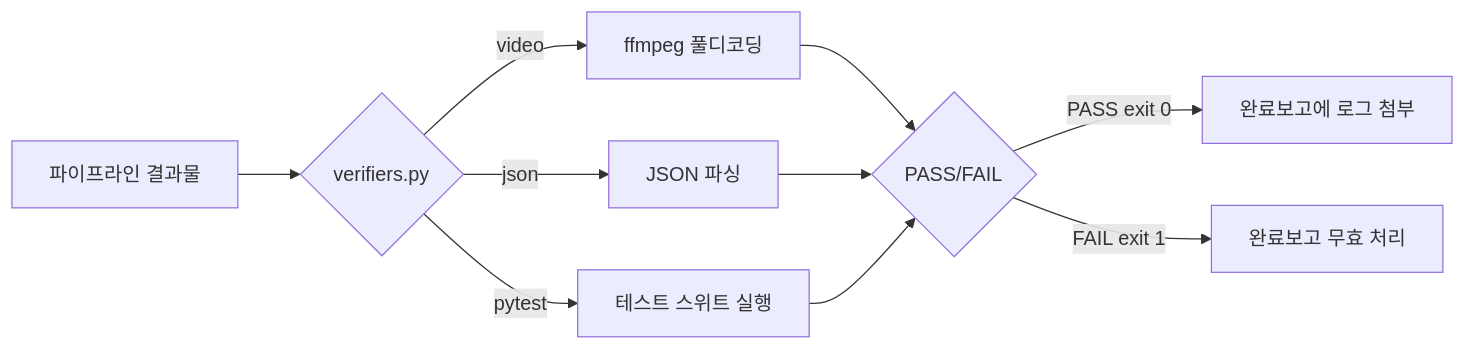
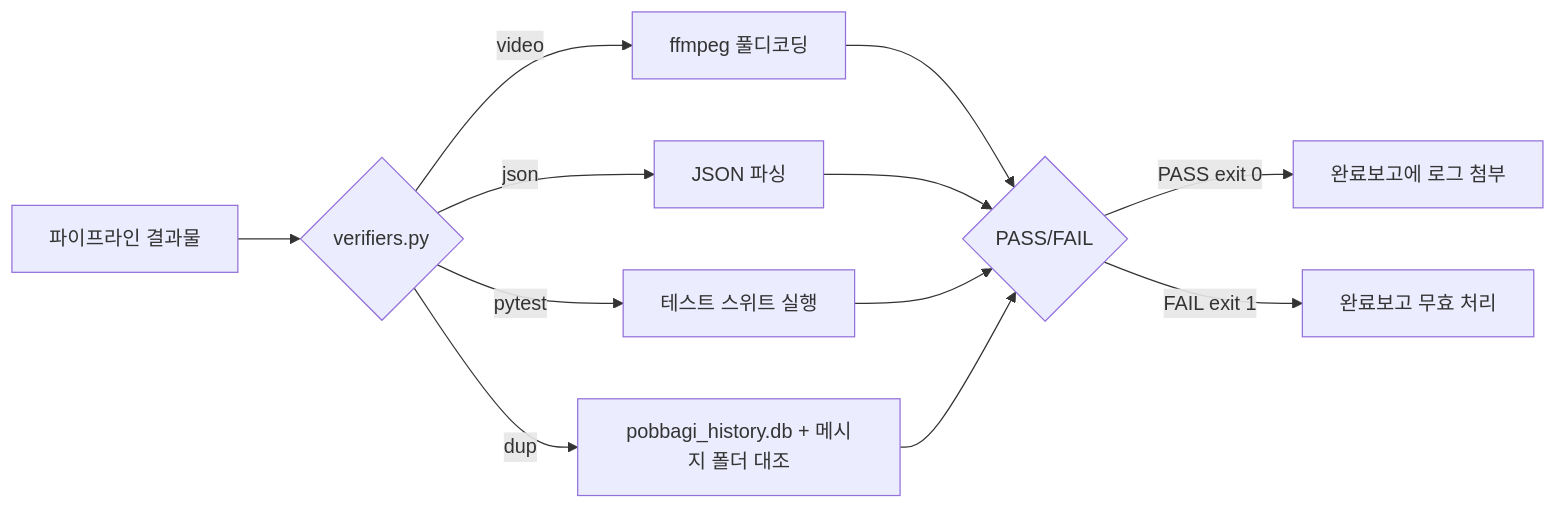
One commit to barobogi/AI_Global_Config changed the diagram in 43_function_dev/03_verification_framework/README.md. Above: the diagram before and after it, drawn with Mermaid. The commit also changed other lines of this file and 2 other files, not shown here.

````diff
--- a/43_function_dev/03_verification_framework/README.md
+++ b/43_function_dev/03_verification_framework/README.md
@@ -18,10 +18,11 @@
 ```mermaid
 flowchart LR
     A[파이프라인 결과물] --> B{verifiers.py}
     B -->|video| C[ffmpeg 풀디코딩]
     B -->|json| D[JSON 파싱]
     B -->|pytest| E[테스트 스위트 실행]
-    C & D & E --> F{PASS/FAIL}
+    B -->|dup| I[pobbagi_history.db + 메시지 폴더 대조]
+    C & D & E & I --> F{PASS/FAIL}
     F -->|PASS exit 0| G[완료보고에 로그 첨부]
     F -->|FAIL exit 1| H[완료보고 무효 처리]
 ```
````
